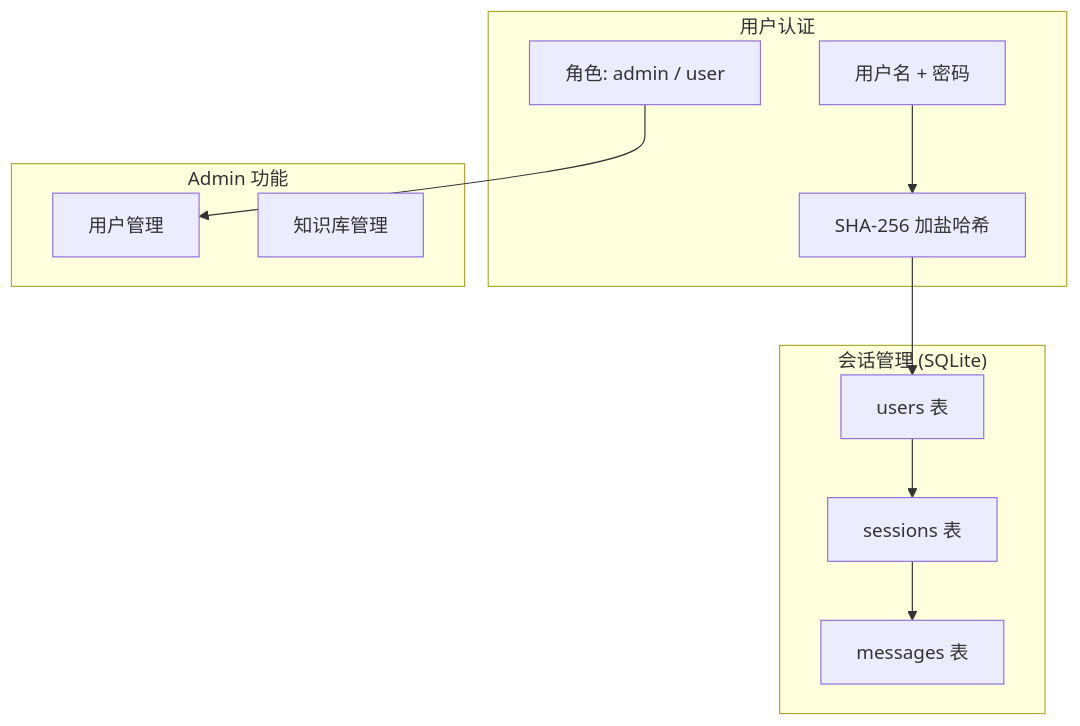
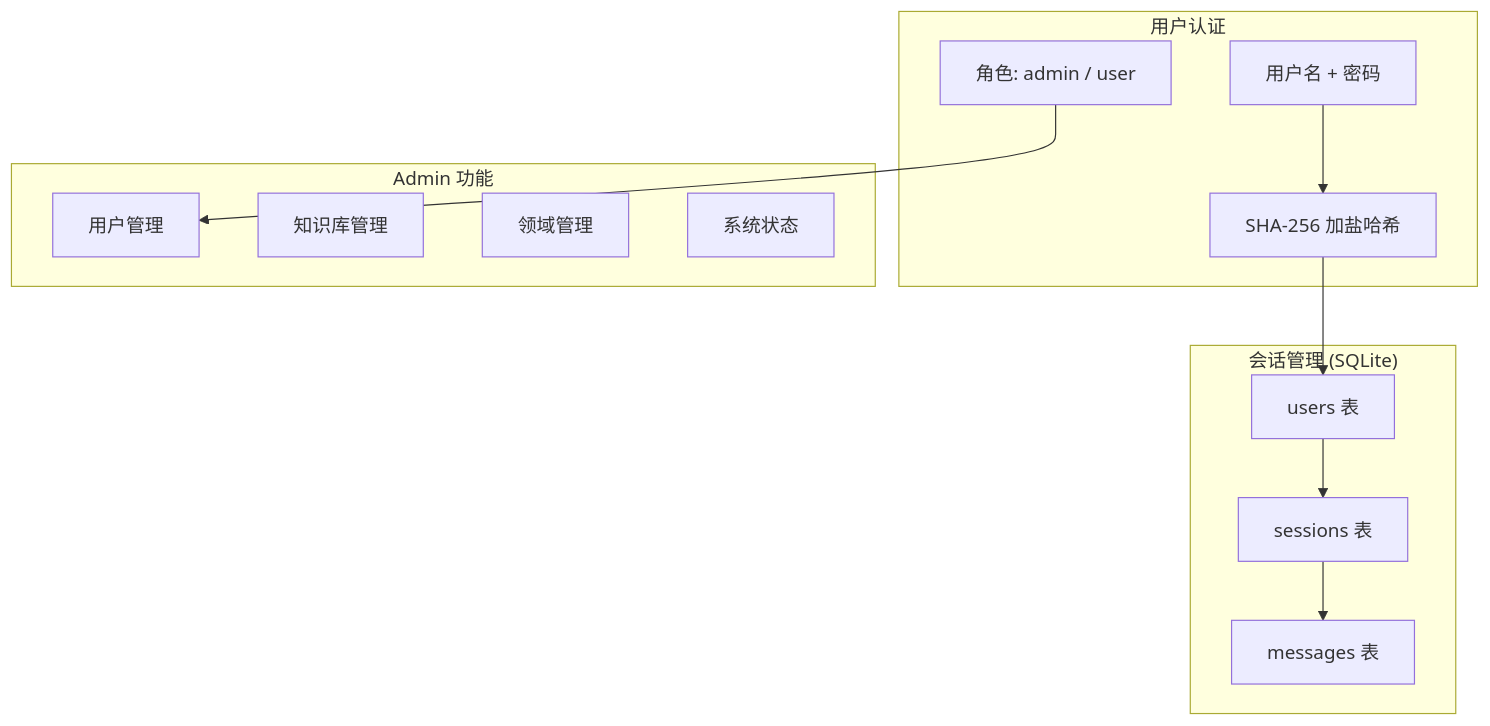
Before and after one commit to EffortsToTheBald/ai-agent: the second of 6 diagrams in README.md, drawn with Mermaid. The commit also changed other lines of this file and 35 other files, not shown here.

````diff
--- a/README.md
+++ b/README.md
@@ -313,25 +398,27 @@
 ```mermaid
 flowchart TD
     subgraph Auth["用户认证"]
         A1["用户名 + 密码"]
         A2["SHA-256 加盐哈希"]
         A3["角色: admin / user"]
     end
 
     subgraph Session["会话管理 (SQLite)"]
         S1["users 表"]
         S2["sessions 表"]
         S3["messages 表"]
     end
 
     subgraph Admin["Admin 功能"]
         AD1["用户管理"]
         AD2["知识库管理"]
+        AD3["领域管理"]
+        AD4["系统状态"]
     end
 
     A1 --> A2
     A2 --> S1
     A3 --> AD1
     S1 --> S2
     S2 --> S3
 ```
````
